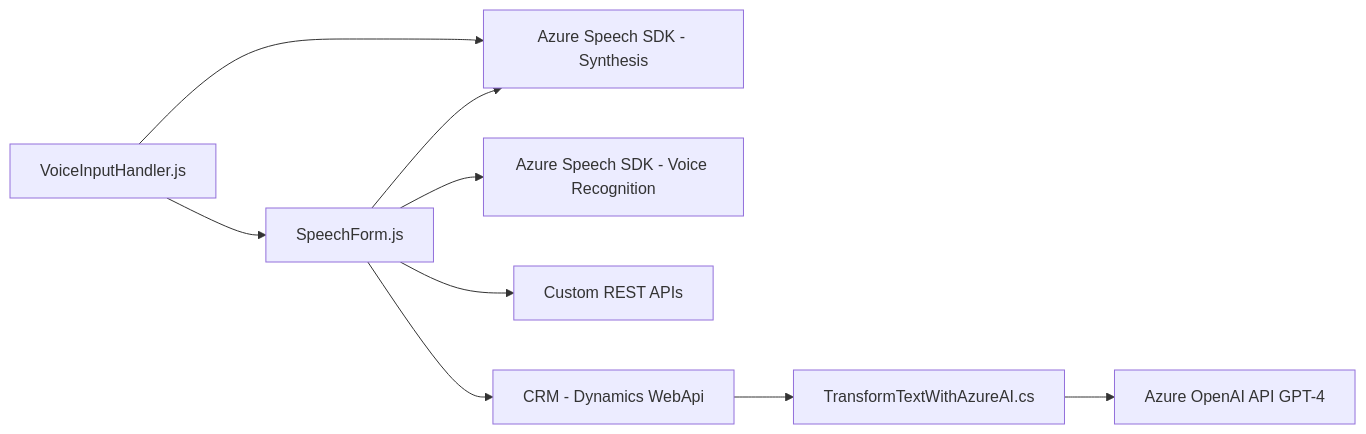
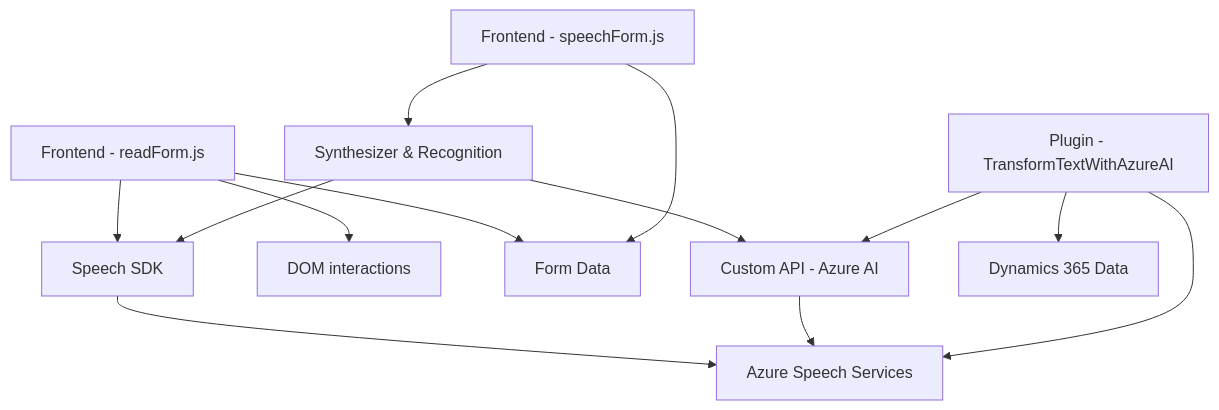
One commit to blopezdm/NETCORE_BILBAO2025 changed the diagram in README.md. Above: the diagram before and after it, drawn with Mermaid. The commit also changed other lines of this file, not shown here.

````diff
--- a/README.md
+++ b/README.md
@@ -31,11 +71,18 @@
 ```mermaid
-graph LR
-A[VoiceInputHandler.js] --> B[SpeechForm.js]
-A --> C["Azure Speech SDK - Synthesis"]
-B --> C
-B --> D["Azure Speech SDK - Voice Recognition"]
-B --> E[Custom REST APIs]
-B --> F[CRM - Dynamics WebApi]
-F --> G[TransformTextWithAzureAI.cs]
-G --> H["Azure OpenAI API GPT-4"]
+graph TD
+    A["Frontend - readForm.js"] --> B1["Speech SDK"]
+    A --> B2["DOM interactions"]
+    A --> B3["Form Data"]
+    B1 --> C["Azure Speech Services"]
+
+    X["Frontend - speechForm.js"] --> Y["Synthesizer & Recognition"]
+    X --> B3
+    Y --> B1
+    Y --> Z["Custom API - Azure AI"]
+    Z --> C
+
+    D["Plugin - TransformTextWithAzureAI"]
+    D --> F["Dynamics 365 Data"]
+    D --> C
+    D --> Z
 ```
````
